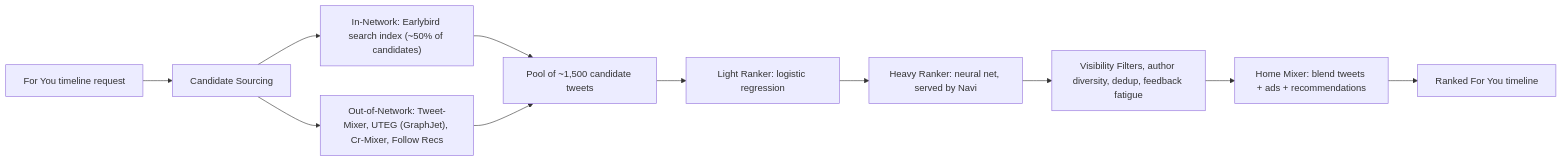
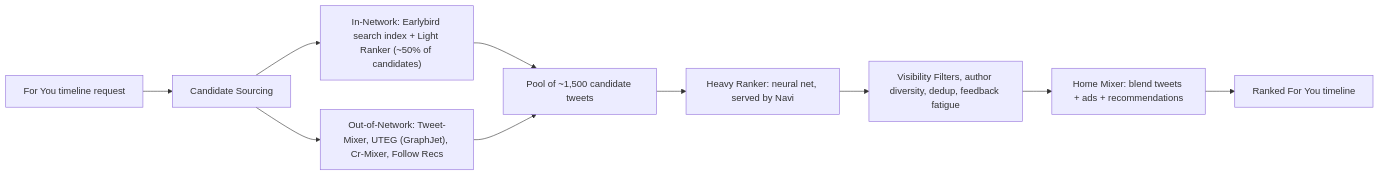
One commit to alwin-verus/big-tech-system-design changed the fifth of 7 diagrams in companies/twitter-x.md. Above: the diagram before and after it, drawn with Mermaid. The commit also changed other lines of this file and 56 other files, not shown here.

````diff
--- a/companies/twitter-x.md
+++ b/companies/twitter-x.md
@@ -352,13 +468,12 @@
 ```mermaid
 flowchart LR
   Req["For You timeline request"] --> CS["Candidate Sourcing"]
-  CS --> IN["In-Network: Earlybird search index (~50% of candidates)"]
+  CS --> IN["In-Network: Earlybird search index + Light Ranker (~50% of candidates)"]
   CS --> OON["Out-of-Network: Tweet-Mixer, UTEG (GraphJet), Cr-Mixer, Follow Recs"]
   IN --> Pool["Pool of ~1,500 candidate tweets"]
   OON --> Pool
-  Pool --> LR2["Light Ranker: logistic regression"]
-  LR2 --> HR["Heavy Ranker: neural net, served by Navi"]
+  Pool --> HR["Heavy Ranker: neural net, served by Navi"]
   HR --> Filt["Visibility Filters, author diversity, dedup, feedback fatigue"]
   Filt --> Mix["Home Mixer: blend tweets + ads + recommendations"]
   Mix --> Out["Ranked For You timeline"]
 ```
````
